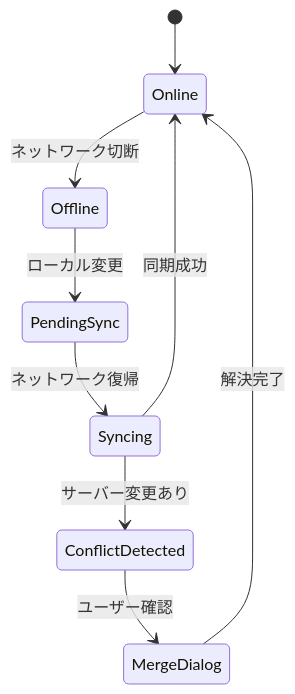
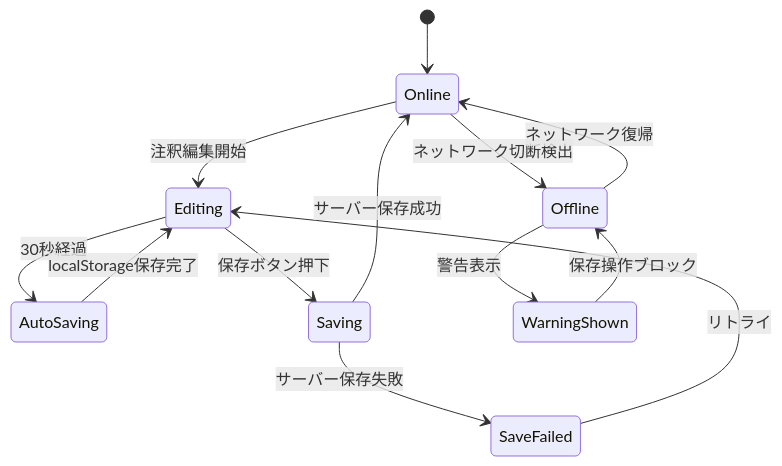
Before and after one commit to inakanou/ArchiTrack: the fourth of 5 diagrams in .kiro/specs/site-survey/design.md, drawn with Mermaid. The commit also changed other lines of this file and 1 other file, not shown here.

````diff
--- a/.kiro/specs/site-survey/design.md
+++ b/.kiro/specs/site-survey/design.md
@@ -189,11 +196,15 @@
 ```mermaid
 stateDiagram-v2
     [*] --> Online
-    Online --> Offline: ネットワーク切断
-    Offline --> PendingSync: ローカル変更
-    PendingSync --> Syncing: ネットワーク復帰
-    Syncing --> ConflictDetected: サーバー変更あり
-    Syncing --> Online: 同期成功
-    ConflictDetected --> MergeDialog: ユーザー確認
-    MergeDialog --> Online: 解決完了
+    Online --> Editing: 注釈編集開始
+    Editing --> AutoSaving: 30秒経過
+    AutoSaving --> Editing: localStorage保存完了
+    Editing --> Saving: 保存ボタン押下
+    Saving --> Online: サーバー保存成功
+    Saving --> SaveFailed: サーバー保存失敗
+    SaveFailed --> Editing: リトライ
+    Online --> Offline: ネットワーク切断検出
+    Offline --> WarningShown: 警告表示
+    WarningShown --> Offline: 保存操作ブロック
+    Offline --> Online: ネットワーク復帰
 ```
````
